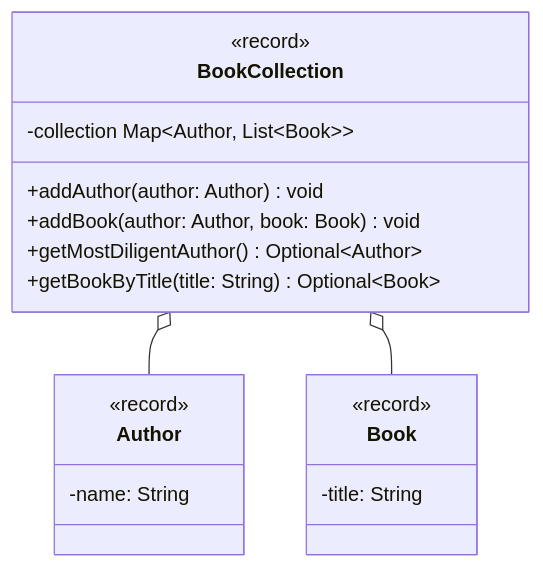
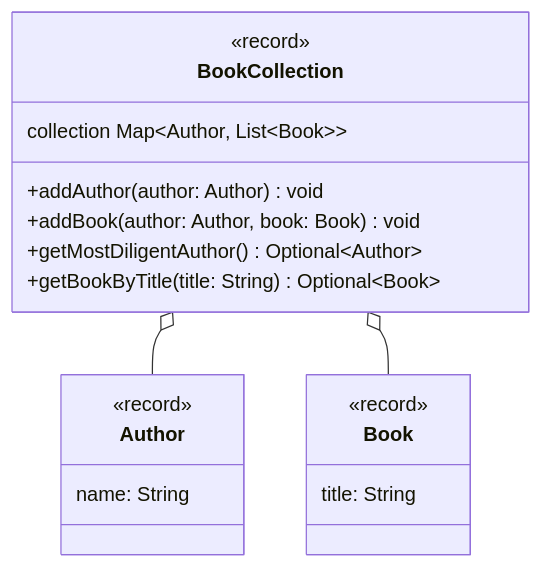
Before and after one commit to jappuccini/java-docs: the diagram in docs/exercises/optionals/optionals01.md, drawn with Mermaid. The commit also changed 33 other files, not shown here.

Commit message:
add final-property, change getter-description, change list- and map-declarations

````diff
--- a/docs/exercises/optionals/optionals01.md
+++ b/docs/exercises/optionals/optionals01.md
@@ -14,24 +14,24 @@
 ```mermaid
 classDiagram
     BookCollection o-- Author
     BookCollection o-- Book
 
     class Author {
         <<record>>
-        -name: String
+        name: String
     }
 
     class Book {
         <<record>>
-        -title: String
+        title: String
     }
 
     class BookCollection {
         <<record>>
-        -collection Map~Author&sbquo; List~Book~~
+        collection Map~Author&sbquo; List~Book~~
         +addAuthor(author: Author) void
         +addBook(author: Author, book: Book) void
         +getMostDiligentAuthor() Optional~Author~
         +getBookByTitle(title: String) Optional~Book~
     }
 ```
````
